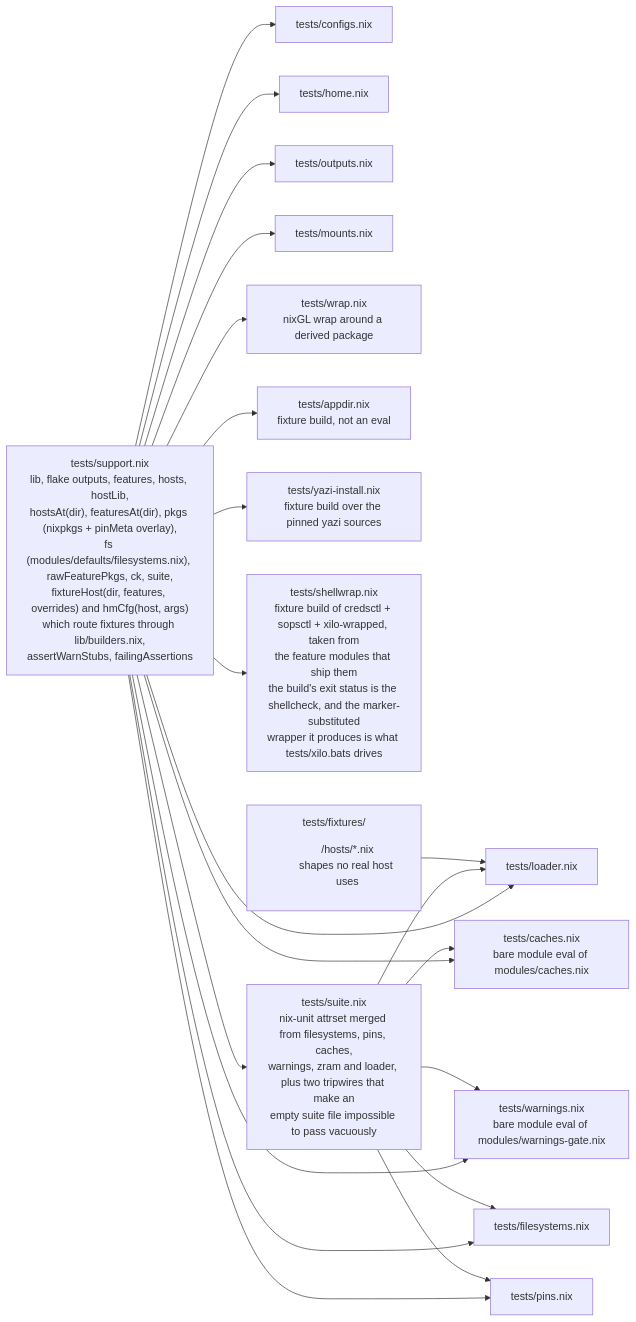
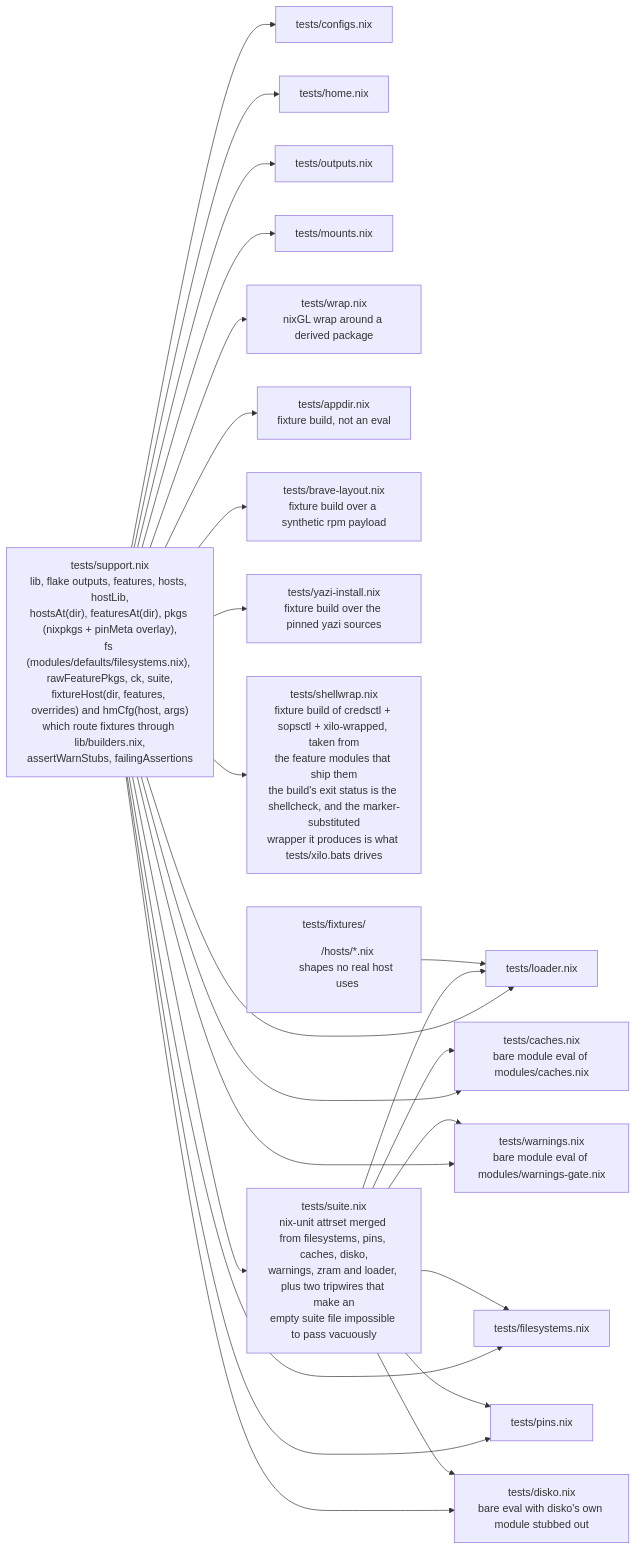
One commit to WombatFromHell/automatic-palm-tree changed the second of 5 diagrams in TEST_DESIGN.md. Above: the diagram before and after it, drawn with Mermaid. The commit also changed other lines of this file and 7 other files, not shown here.

````diff
--- a/TEST_DESIGN.md
+++ b/TEST_DESIGN.md
@@ -101,23 +174,26 @@
 ```mermaid
 flowchart LR
   S["tests/support.nix<br/>lib, flake outputs, features, hosts, hostLib,<br/>hostsAt(dir), featuresAt(dir), pkgs (nixpkgs + pinMeta overlay),<br/>fs (modules/defaults/filesystems.nix), rawFeaturePkgs, ck, suite,<br/>fixtureHost(dir, features, overrides) and hmCfg(host, args)<br/>which route fixtures through lib/builders.nix,<br/>assertWarnStubs, failingAssertions"] --> L["tests/loader.nix"]
   S --> CA["tests/caches.nix<br/>bare module eval of modules/caches.nix"]
   S --> WA["tests/warnings.nix<br/>bare module eval of modules/warnings-gate.nix"]
   S --> C["tests/configs.nix"]
   S --> H["tests/home.nix"]
   S --> O["tests/outputs.nix"]
   S --> F["tests/filesystems.nix"]
   S --> M["tests/mounts.nix"]
   S --> PI["tests/pins.nix"]
   S --> WR["tests/wrap.nix<br/>nixGL wrap around a derived package"]
   S --> AP["tests/appdir.nix<br/>fixture build, not an eval"]
+  S --> BL["tests/brave-layout.nix<br/>fixture build over a synthetic rpm payload"]
   S --> YZ["tests/yazi-install.nix<br/>fixture build over the pinned yazi sources"]
   S --> SW["tests/shellwrap.nix<br/>fixture build of credsctl + sopsctl + xilo-wrapped, taken from<br/>the feature modules that ship them<br/>the build's exit status is the shellcheck, and the marker-substituted<br/>wrapper it produces is what tests/xilo.bats drives"]
-  S --> SU["tests/suite.nix<br/>nix-unit attrset merged from filesystems, pins, caches,<br/>warnings, zram and loader, plus two tripwires that make an<br/>empty suite file impossible to pass vacuously"]
+  S --> DK["tests/disko.nix<br/>bare eval with disko's own module stubbed out"]
+  S --> SU["tests/suite.nix<br/>nix-unit attrset merged from filesystems, pins, caches, disko,<br/>warnings, zram and loader, plus two tripwires that make an<br/>empty suite file impossible to pass vacuously"]
   SU --> L
   SU --> CA
   SU --> WA
   SU --> F
   SU --> PI
+  SU --> DK
   FX["tests/fixtures/<dir>/hosts/*.nix<br/>shapes no real host uses"] --> L
 ```
````
